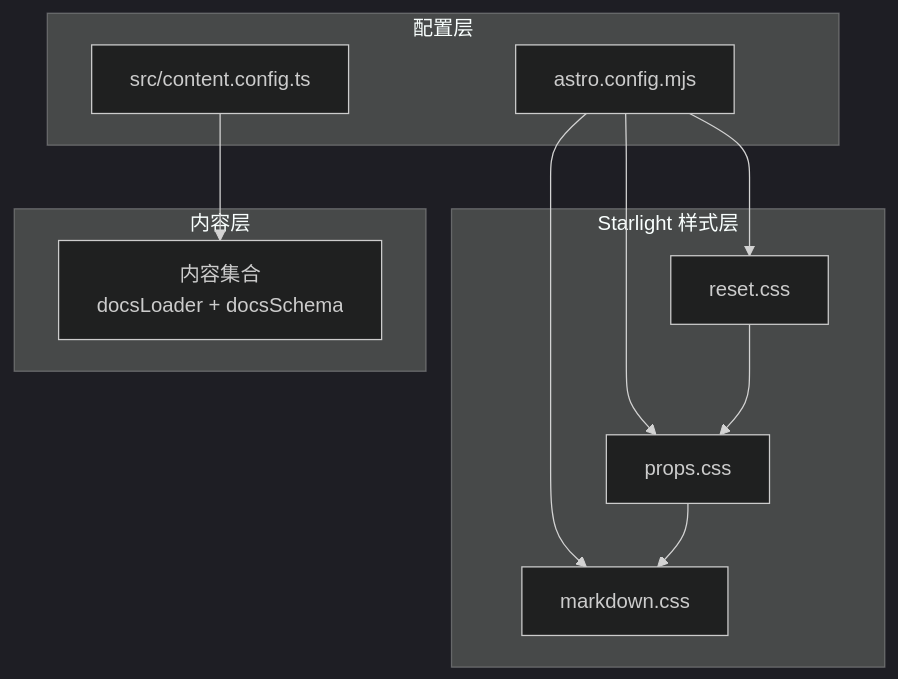
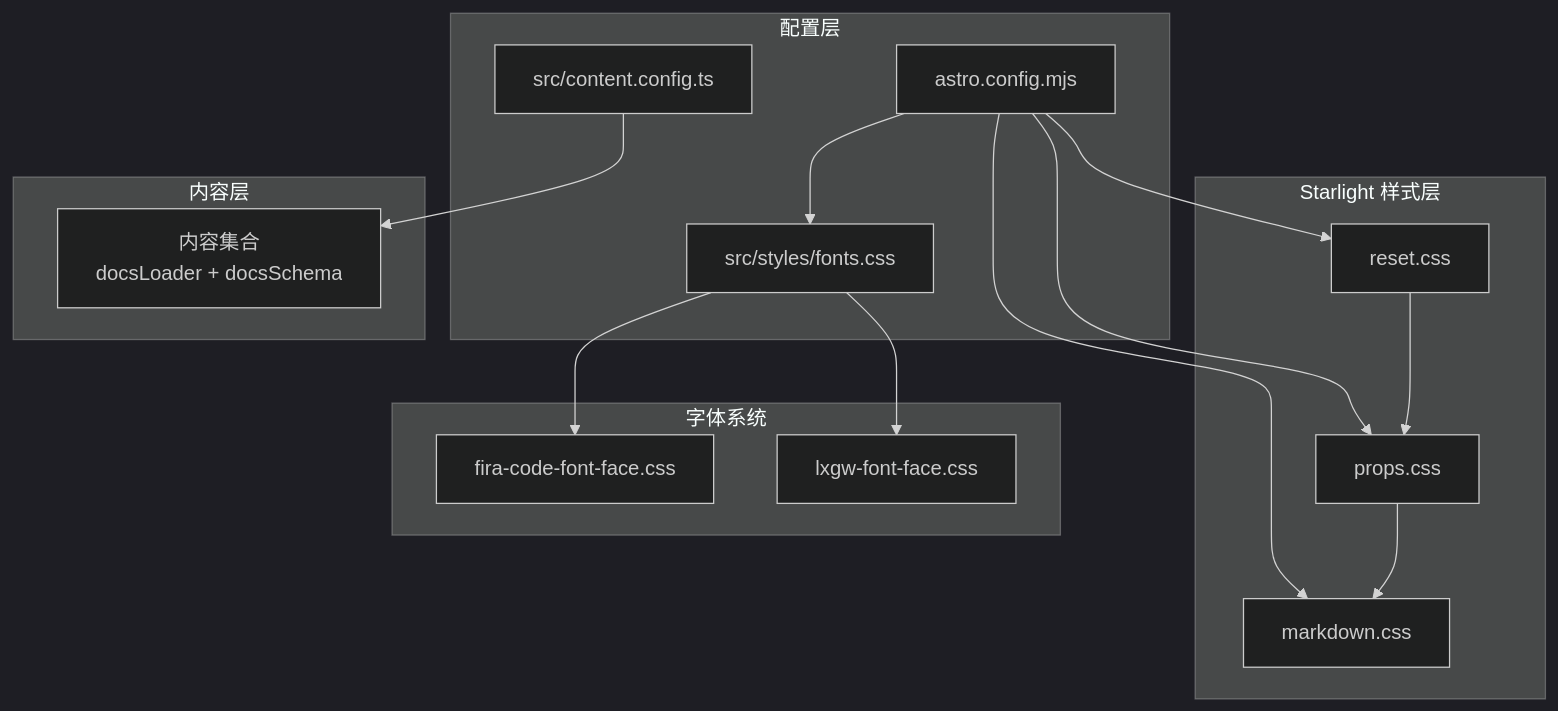
The second of 7 diagrams in .qoder/repowiki/zh/content/主题和样式系统.md (NTLx/ntlx.github.io), drawn with Mermaid (dark theme) before and after one commit. The commit also changed other lines of this file and 7 other files, not shown here.

````diff
--- a/.qoder/repowiki/zh/content/主题和样式系统.md
+++ b/.qoder/repowiki/zh/content/主题和样式系统.md
@@ -72,21 +100,29 @@
 ```mermaid
 graph TB
 subgraph "配置层"
 AC["astro.config.mjs"]
 CC["src/content.config.ts"]
+FS["src/styles/fonts.css"]
 end
 subgraph "Starlight 样式层"
 RC["reset.css"]
 PC["props.css"]
 MC["markdown.css"]
+end
+subgraph "字体系统"
+FC["fira-code-font-face.css"]
+LX["lxgw-font-face.css"]
 end
 subgraph "内容层"
 COL["内容集合<br/>docsLoader + docsSchema"]
 end
 AC --> RC
 AC --> PC
 AC --> MC
+AC --> FS
+FS --> FC
+FS --> LX
 CC --> COL
 RC --> PC
 PC --> MC
 ```
````
